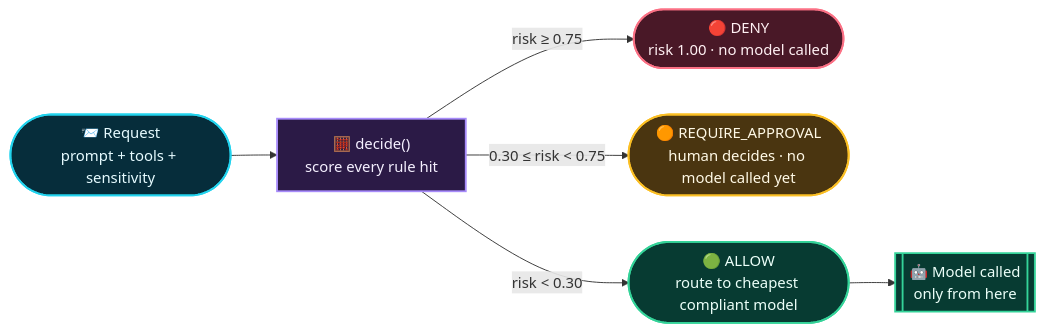
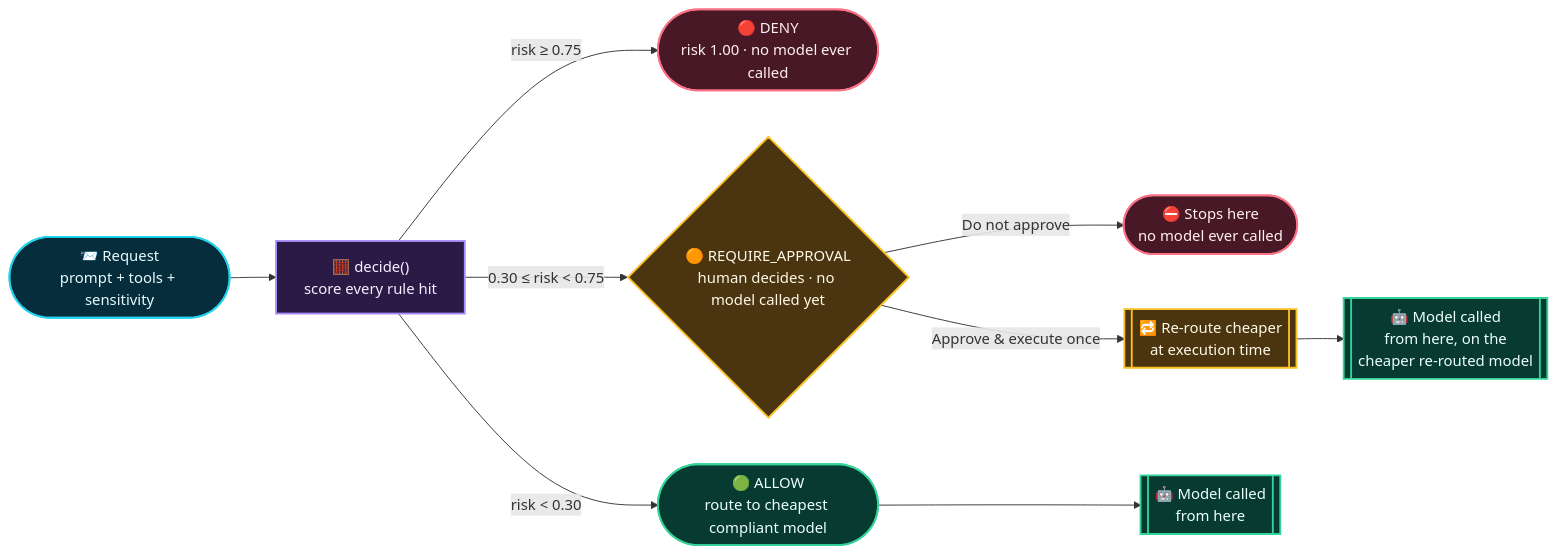
The first of 9 diagrams in README.md (debster9755/sentinelforge), drawn with Mermaid before and after one commit. The commit also changed other lines of this file, not shown here.

First line of the commit message:
README: update decide(), /api/chat verdict, and demo script diagrams for approval reroute

````diff
--- a/README.md
+++ b/README.md
@@ -46,19 +46,22 @@
 ```mermaid
 flowchart LR
     A([📨 Request<br/>prompt + tools + sensitivity]) --> B["🧮 decide()<br/>score every rule hit"]
-    B -->|risk ≥ 0.75| D(["🔴 DENY<br/>risk 1.00 · no model called"])
-    B -->|0.30 ≤ risk < 0.75| E(["🟠 REQUIRE_APPROVAL<br/>human decides · no model called yet"])
+    B -->|risk ≥ 0.75| D(["🔴 DENY<br/>risk 1.00 · no model ever called"])
+    B -->|0.30 ≤ risk < 0.75| E{"🟠 REQUIRE_APPROVAL<br/>human decides · no model called yet"}
     B -->|risk < 0.30| F(["🟢 ALLOW<br/>route to cheapest compliant model"])
-    F --> G[["🤖 Model called<br/>only from here"]]
+    E -- "Do not approve" --> D2(["⛔ Stops here<br/>no model ever called"])
+    E -- "Approve & execute once" --> H[["🔁 Re-route cheaper<br/>at execution time"]]
+    F --> G[["🤖 Model called<br/>from here"]]
+    H --> G2[["🤖 Model called<br/>from here, on the<br/>cheaper re-routed model"]]
 
     classDef input fill:#062d3b,stroke:#22d3ee,color:#e6fbff,stroke-width:2px;
     classDef engine fill:#2b1a46,stroke:#a78bfa,color:#f5f0ff,stroke-width:2px;
     classDef deny fill:#491827,stroke:#fb7185,color:#fff0f3,stroke-width:2px;
     classDef approve fill:#4a3510,stroke:#fbbf24,color:#fff9e6,stroke-width:2px;
     classDef allow fill:#073b32,stroke:#34d399,color:#ecfff9,stroke-width:2px;
     class A input;
     class B engine;
-    class D deny;
-    class E approve;
-    class F,G allow;
+    class D,D2 deny;
+    class E,H approve;
+    class F,G,G2 allow;
 ```
````
